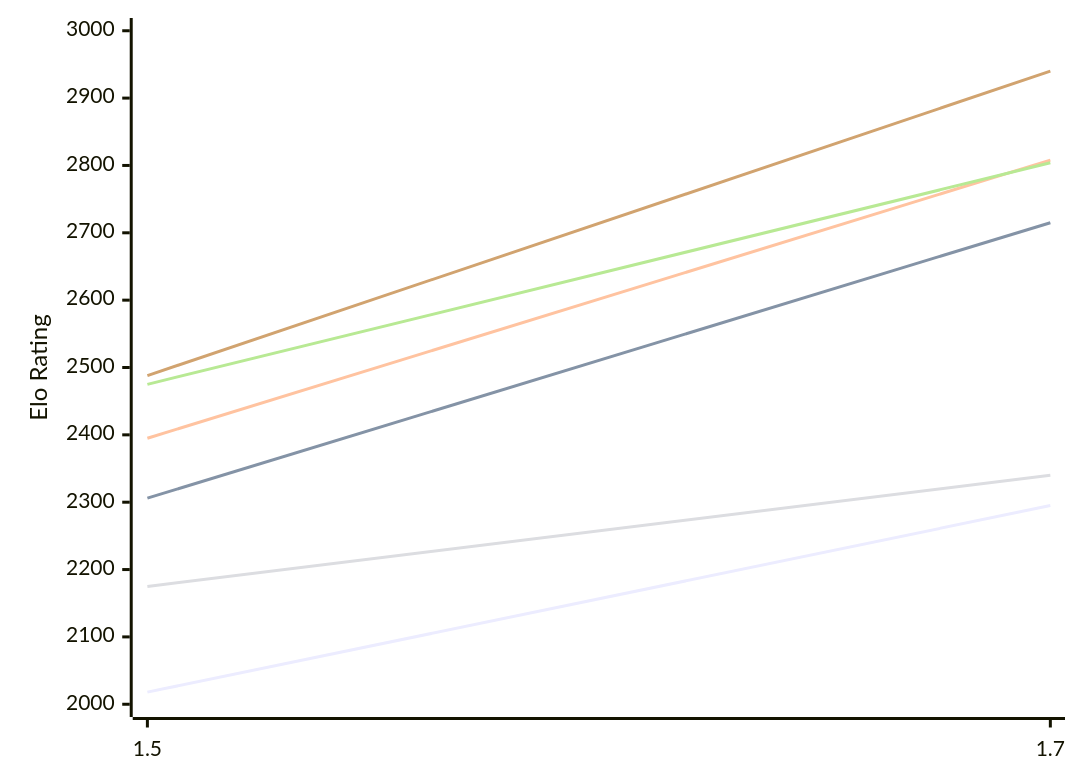
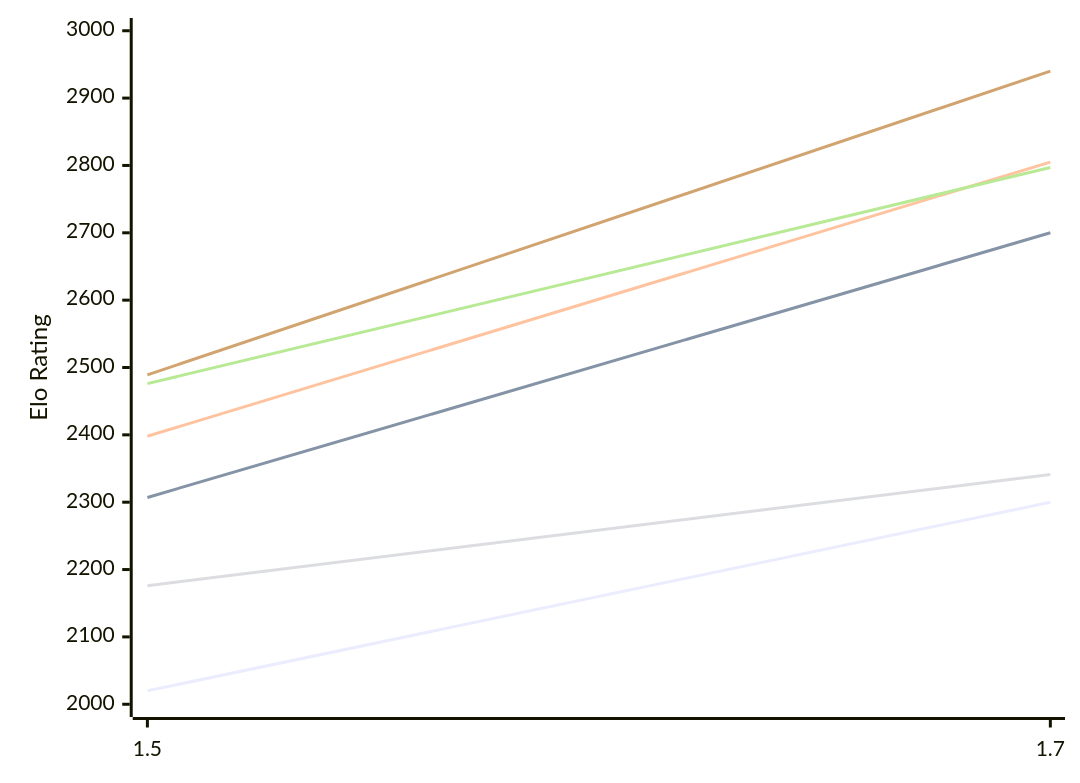
One commit to computer-chess-index/cci changed the first of 2 diagrams in engines/Facon.md. Above: the diagram before and after it, drawn with Mermaid. The commit also changed other lines of this file, not shown here.

Commit message:
Update CCI Ratings (ELO VLTC) - 2026-10-17

````diff
--- a/engines/Facon.md
+++ b/engines/Facon.md
@@ -52,12 +52,12 @@
 ```mermaid
 %%{init: {"theme":"base","themeVariables":{"seriesColors:['#a3a3a3','#222221','#faa371']}}}%%
 xychart-beta
   x-axis ["1.5", "1.7"]
   y-axis "Elo Rating" 2000 --> 3000
-  line "E1: STC (8.0+0.08s)" [2018, 2295]
-  line "E1: LTC (60.0+0.60s)" [2306, 2715]
-  line "E1: VLTC (2m24s+1.12s)" [2395, 2808]
-  line "P1: STC (8.0+0.08s)" [2175, 2340]
-  line "P1: LTC (60.0+0.60s)" [2475, 2804]
-  line "P1: VLTC (2m24s+1.12s)" [2488, 2940]
+  line "E1: STC (8.0+0.08s)" [2020, 2300]
+  line "E1: LTC (60.0+0.60s)" [2307, 2700]
+  line "E1: VLTC (2m24s+1.12s)" [2398, 2805]
+  line "P1: STC (8.0+0.08s)" [2176, 2341]
+  line "P1: LTC (60.0+0.60s)" [2476, 2797]
+  line "P1: VLTC (2m24s+1.12s)" [2489, 2940]
 ```
````
